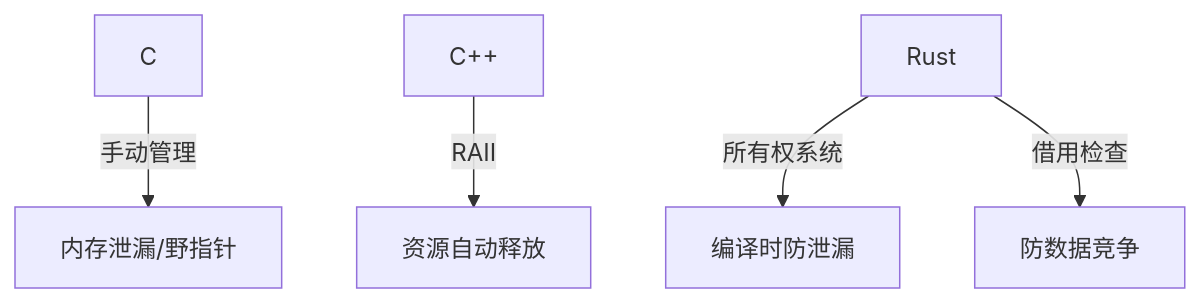
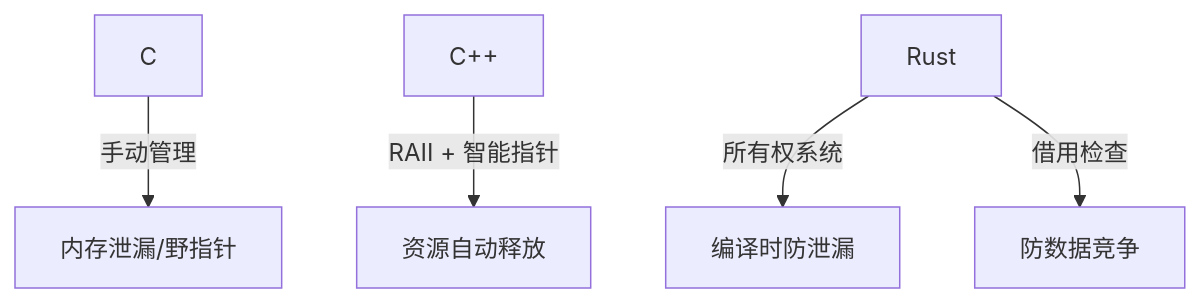
The first of 3 diagrams in src/guess_game/doc/guess_game_cmp.md (dataaip/knowledge_base), drawn with Mermaid before and after one commit. The commit also changed other lines of this file and 1 other file, not shown here.

````diff
--- a/src/guess_game/doc/guess_game_cmp.md
+++ b/src/guess_game/doc/guess_game_cmp.md
@@ -1385,7 +1818,7 @@
 ```mermaid
 graph TD
     A[C] -->|手动管理| B[内存泄漏/野指针]
-    C[C++] -->|RAII| D[资源自动释放]
+    C[C++] -->|RAII + 智能指针| D[资源自动释放]
     E[Rust] -->|所有权系统| F[编译时防泄漏]
     E -->|借用检查| G[防数据竞争]
 ```
````
